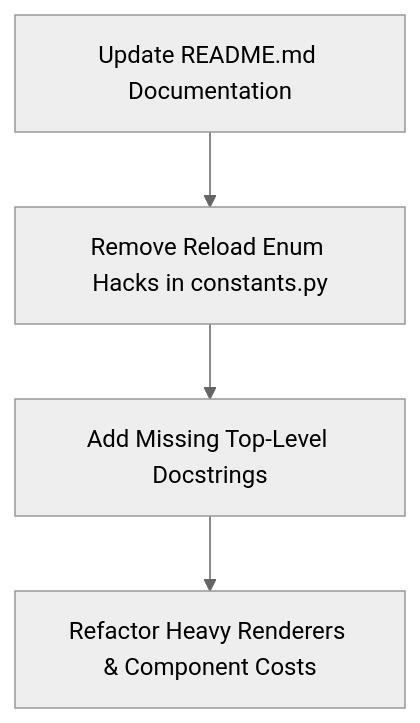
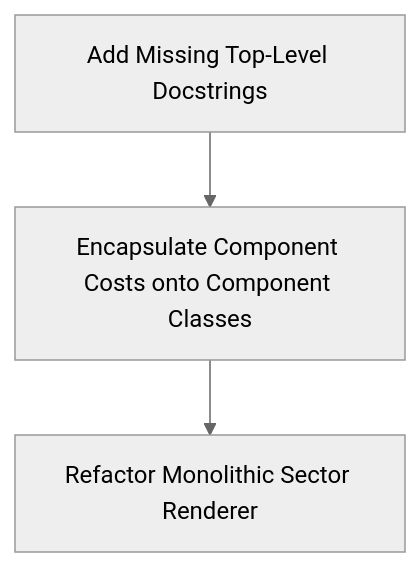
The diagram in Wormhole_Control_analysis_report.md (DreamChaser55/Wormhole-Control), drawn with Mermaid (neutral theme) before and after one commit. The commit also changed other lines of this file and 3 other files, not shown here.

````diff
--- a/Wormhole_Control_analysis_report.md
+++ b/Wormhole_Control_analysis_report.md
@@ -121,6 +90,5 @@
 ```mermaid
 flowchart TD
-    A[Update README.md Documentation] --> B[Remove Reload Enum Hacks in constants.py]
-    B --> C[Add Missing Top-Level Docstrings]
-    C --> D[Refactor Heavy Renderers & Component Costs]
+    A[Add Missing Top-Level Docstrings] --> B[Encapsulate Component Costs onto Component Classes]
+    B --> C[Refactor Monolithic Sector Renderer]
 ```
````
